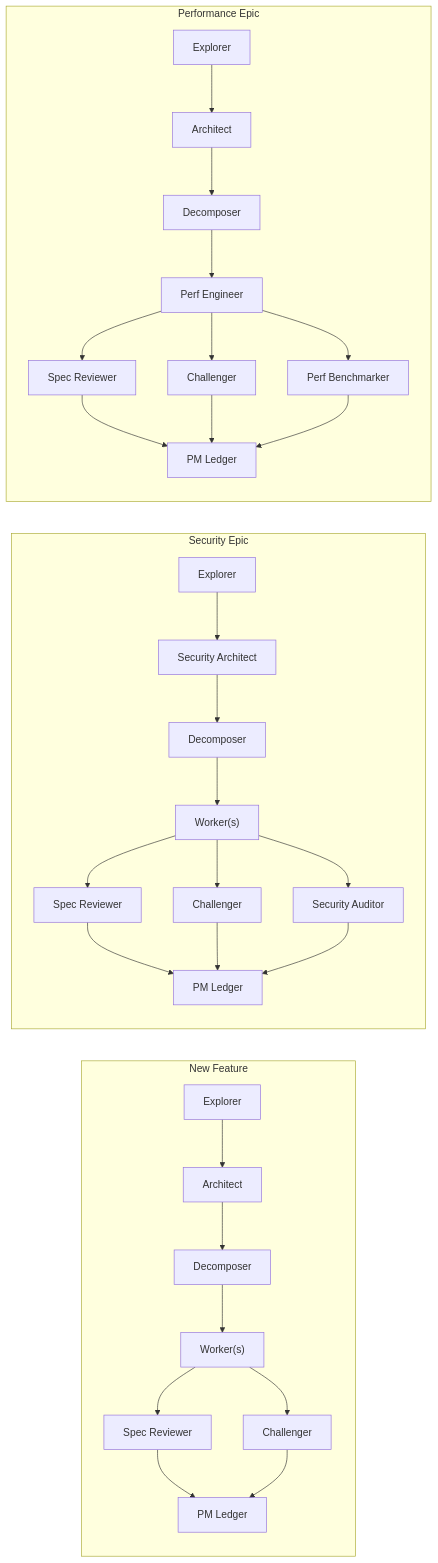
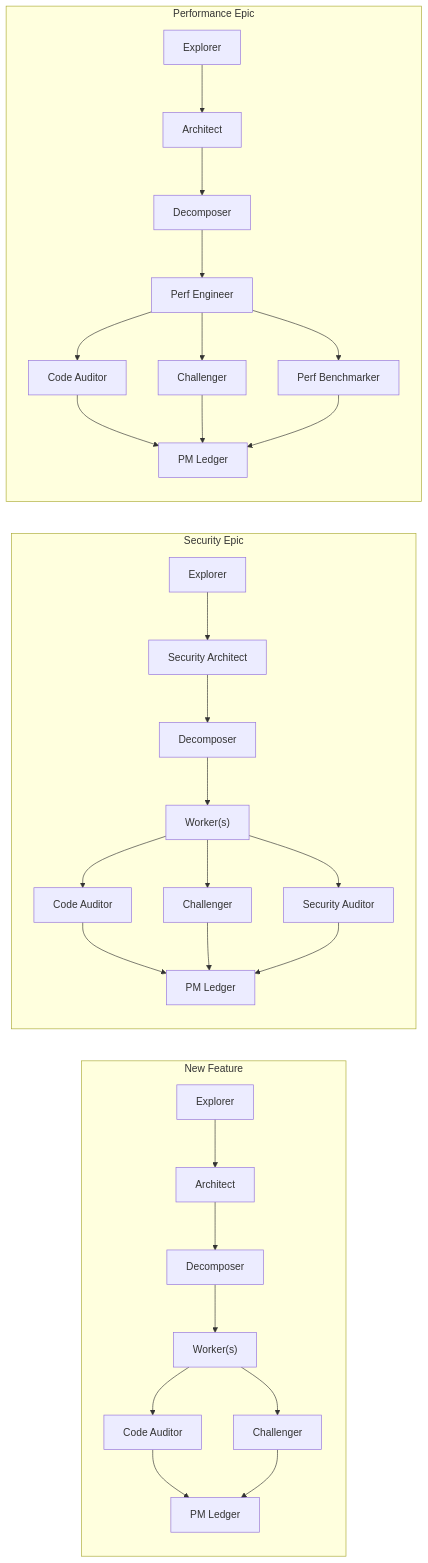
Before and after one commit to SirRyou/project-management: the diagram in skills/deep-plan/references/agent-catalog.md, drawn with Mermaid. The commit also changed other lines of this file and 19 other files, not shown here.

Commit message:
feat(deep-plan): harden planning and swarm flow

````diff
--- a/skills/deep-plan/references/agent-catalog.md
+++ b/skills/deep-plan/references/agent-catalog.md
@@ -68,34 +69,34 @@
 ```mermaid
 flowchart LR
     subgraph NewFeature ["New Feature"]
         direction TB
         NF_E["Explorer"] --> NF_A["Architect"]
         NF_A --> NF_D["Decomposer"]
         NF_D --> NF_W["Worker(s)"]
-        NF_W --> NF_SR["Spec Reviewer"]
+        NF_W --> NF_SR["Code Auditor"]
         NF_W --> NF_AC["Challenger"]
         NF_SR & NF_AC --> NF_PM["PM Ledger"]
     end
 
     subgraph Security ["Security Epic"]
         direction TB
         S_E["Explorer"] --> S_SA["Security Architect"]
         S_SA --> S_D["Decomposer"]
         S_D --> S_W["Worker(s)"]
-        S_W --> S_SR["Spec Reviewer"]
+        S_W --> S_SR["Code Auditor"]
         S_W --> S_AC["Challenger"]
         S_W --> S_AU["Security Auditor"]
         S_SR & S_AC & S_AU --> S_PM["PM Ledger"]
     end
 
     subgraph Perf ["Performance Epic"]
         direction TB
         P_E["Explorer"] --> P_A["Architect"]
         P_A --> P_D["Decomposer"]
         P_D --> P_PE["Perf Engineer"]
-        P_PE --> P_SR["Spec Reviewer"]
+        P_PE --> P_SR["Code Auditor"]
         P_PE --> P_AC["Challenger"]
         P_PE --> P_PB["Perf Benchmarker"]
         P_SR & P_AC & P_PB --> P_PM["PM Ledger"]
     end
 ```
````
